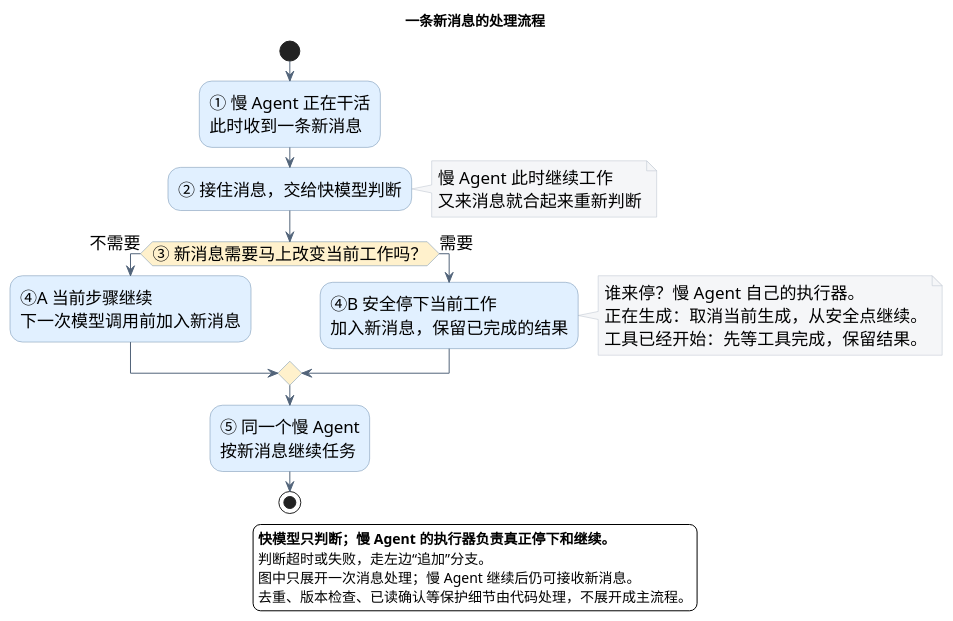
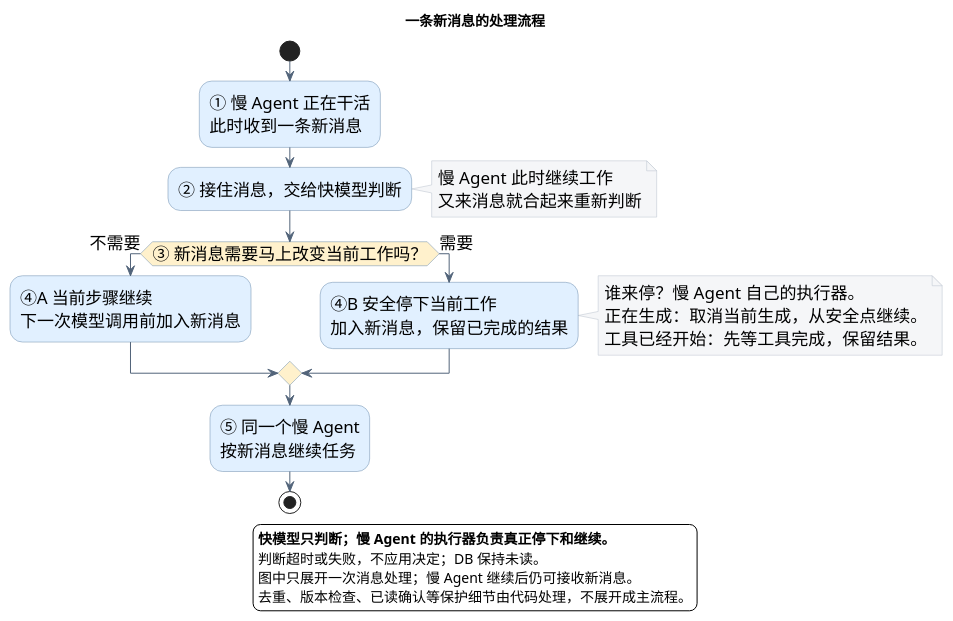
One commit to zuiho-kai/jiuwenswarm changed the diagram in docs/diagrams/duplex-routing-flow.puml. Above: the diagram before and after it, drawn with PlantUML. The commit also changed 24 other files, not shown here.

```diff
--- a/docs/diagrams/duplex-routing-flow.puml
+++ b/docs/diagrams/duplex-routing-flow.puml
@@ -1,40 +1,40 @@
 @startuml duplex-routing-flow
 title 一条新消息的处理流程
 skinparam defaultFontName Microsoft YaHei
 skinparam defaultFontSize 17
 skinparam shadowing false
 skinparam backgroundColor #FFFFFF
 skinparam ArrowColor #52647A
 skinparam activityBackgroundColor #E1F0FF
 skinparam activityBorderColor #6A8BAB
 skinparam activityDiamondBackgroundColor #FFF1CC
 skinparam noteBackgroundColor #F5F6F8
 skinparam noteBorderColor #B8C1CC
 
 start
 :① 慢 Agent 正在干活\n此时收到一条新消息;
 :② 接住消息，交给快模型判断;
 note right
   慢 Agent 此时继续工作
   又来消息就合起来重新判断
 end note
 if (③ 新消息需要马上改变当前工作吗？) then (不需要)
   :④A 当前步骤继续\n下一次模型调用前加入新消息;
 else (需要)
   :④B 安全停下当前工作\n加入新消息，保留已完成的结果;
   note right
     谁来停？慢 Agent 自己的执行器。
     正在生成：取消当前生成，从安全点继续。
     工具已经开始：先等工具完成，保留结果。
   end note
 endif
 :⑤ 同一个慢 Agent\n按新消息继续任务;
 stop
 
 legend bottom
   **快模型只判断；慢 Agent 的执行器负责真正停下和继续。**
-  判断超时或失败，走左边“追加”分支。
+  判断超时或失败，不应用决定；DB 保持未读。
   图中只展开一次消息处理；慢 Agent 继续后仍可接收新消息。
   去重、版本检查、已读确认等保护细节由代码处理，不展开成主流程。
 endlegend
 @enduml
```
